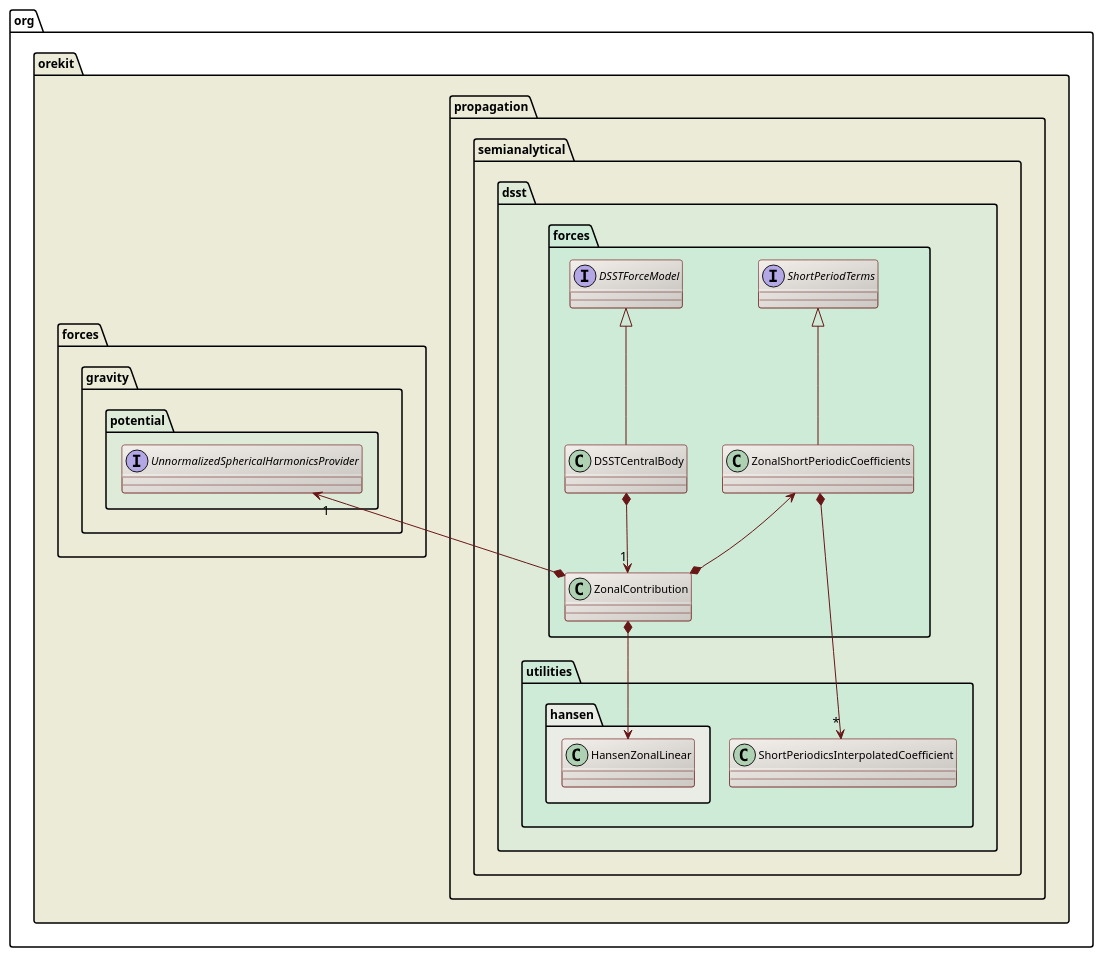
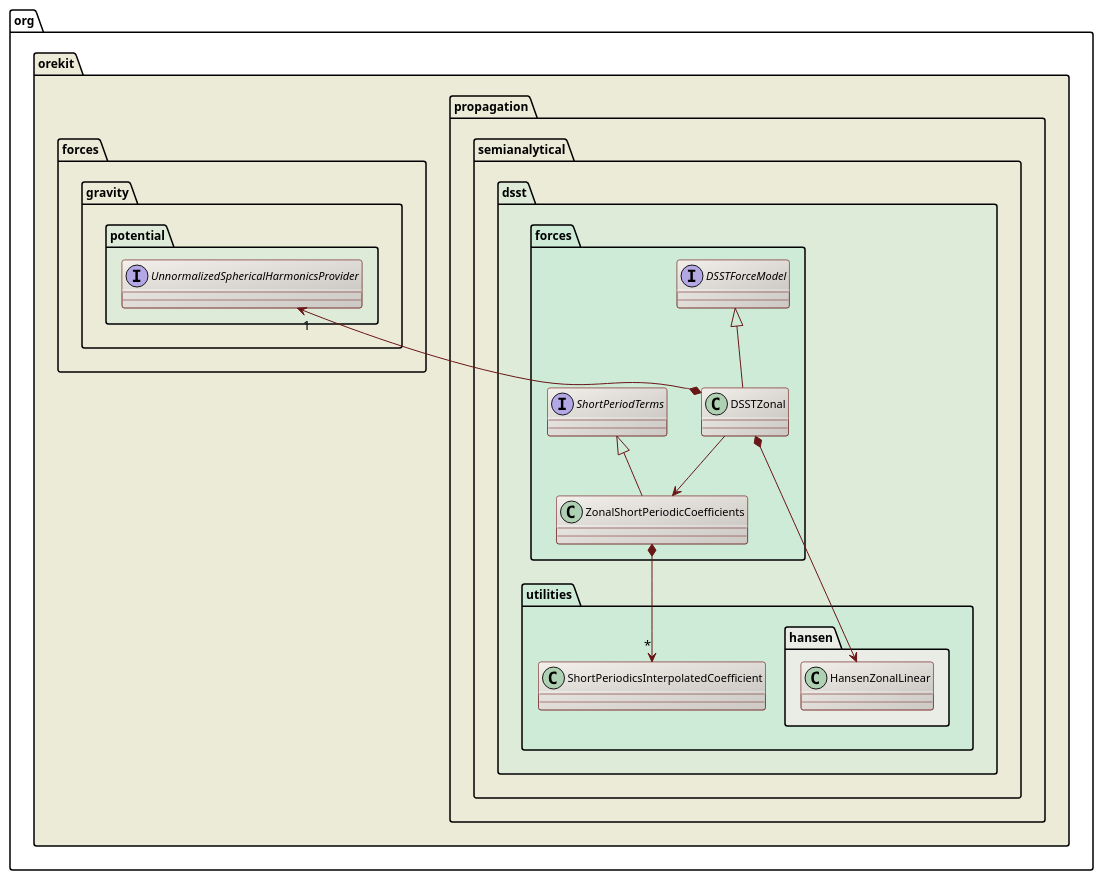
The diagram in src/design/dsst-zonal-contribution-class-diagram.puml (CS-SI/Orekit), drawn with PlantUML before and after one commit. The commit also changed 1 other file, not shown here.

Commit message:
Fixed UML class diagrams for DSST.

```diff
--- a/src/design/dsst-zonal-contribution-class-diagram.puml
+++ b/src/design/dsst-zonal-contribution-class-diagram.puml
@@ -17,41 +17,40 @@
 @startuml
 
   skinparam svek                  true
   skinparam ClassBackgroundColor  #F3EFEB/CCC9C5
   skinparam ClassArrowColor       #691616
   skinparam ClassBorderColor      #691616
   skinparam NoteBackgroundColor   #F3EFEB
   skinparam NoteBorderColor       #691616
   skinparam NoteFontColor         #691616
   skinparam ClassFontSize         11
   skinparam PackageFontSize       12
 
   package org.orekit #ECEBD8 {
 
     package propagation.semianalytical.dsst #DDEBD8 {
 
       Package forces #CEEBD8 {
-        ZonalShortPeriodicCoefficients <--* ZonalContribution
         interface DSSTForceModel
         interface ShortPeriodTerms
-        DSSTForceModel <|-- DSSTCentralBody
-       ShortPeriodTerms <|-- ZonalShortPeriodicCoefficients
-        DSSTCentralBody *--> "1" ZonalContribution
+        DSSTForceModel <|-- DSSTZonal
+        DSSTZonal --> ZonalShortPeriodicCoefficients
+        ShortPeriodTerms <|-- ZonalShortPeriodicCoefficients
       }
 
       package utilities #CEEBD8 {
         package hansen #EAECE6 {
           class HansenZonalLinear
         }
           ZonalShortPeriodicCoefficients *--> "*" ShortPeriodicsInterpolatedCoefficient
-          ZonalContribution *--> HansenZonalLinear
+          DSSTZonal *--> HansenZonalLinear
        }
     }
 
       package forces.gravity.potential #DDEBD8 {
           interface UnnormalizedSphericalHarmonicsProvider
-          UnnormalizedSphericalHarmonicsProvider "1" <--* ZonalContribution
+          UnnormalizedSphericalHarmonicsProvider "1" <--* DSSTZonal
       }
   }
 
 @enduml
```
